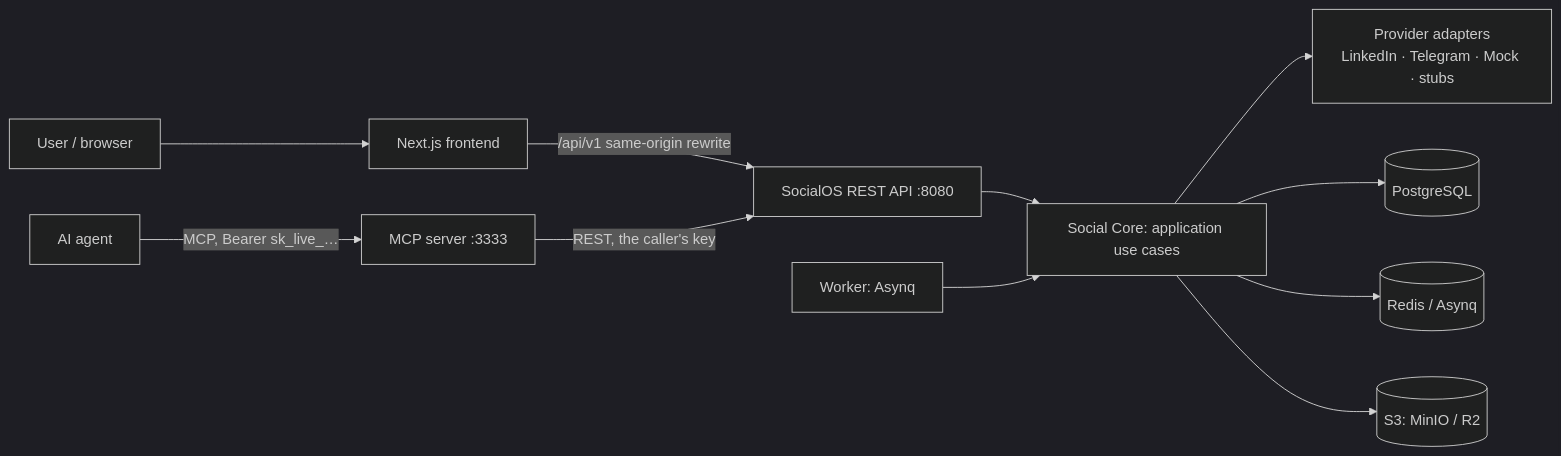
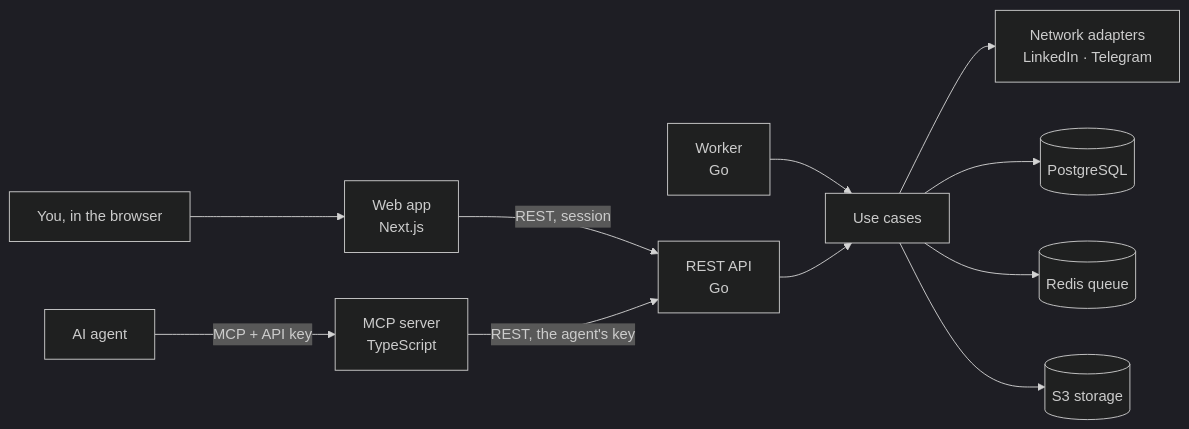
One commit to XXX1694/SMSI changed the diagram in README.md. Above: the diagram before and after it, drawn with Mermaid (dark theme). The commit also changed other lines of this file and 6 other files, not shown here.

````diff
--- a/README.md
+++ b/README.md
@@ -24,13 +225,13 @@
 ```mermaid
 flowchart LR
-  U[User / browser] --> FE[Next.js frontend]
-  A[AI agent] -->|MCP, Bearer sk_live_…| MCP[MCP server :3333]
-  FE -->|/api/v1 same-origin rewrite| API[SocialOS REST API :8080]
-  MCP -->|REST, the caller's key| API
-  API --> CORE[Social Core: application use cases]
-  W[Worker: Asynq] --> CORE
-  CORE --> AD[Provider adapters<br/>LinkedIn · Telegram · Mock · stubs]
+  U[You, in the browser] --> FE[Web app<br/>Next.js]
+  A[AI agent] -->|MCP + API key| MCP[MCP server<br/>TypeScript]
+  FE -->|REST, session| API[REST API<br/>Go]
+  MCP -->|REST, the agent's key| API
+  W[Worker<br/>Go] --> CORE
+  API --> CORE[Use cases]
+  CORE --> AD[Network adapters<br/>LinkedIn · Telegram]
   CORE --> PG[(PostgreSQL)]
-  CORE --> R[(Redis / Asynq)]
-  CORE --> S3[(S3: MinIO / R2)]
+  CORE --> R[(Redis queue)]
+  CORE --> S3[(S3 storage)]
 ```
````
